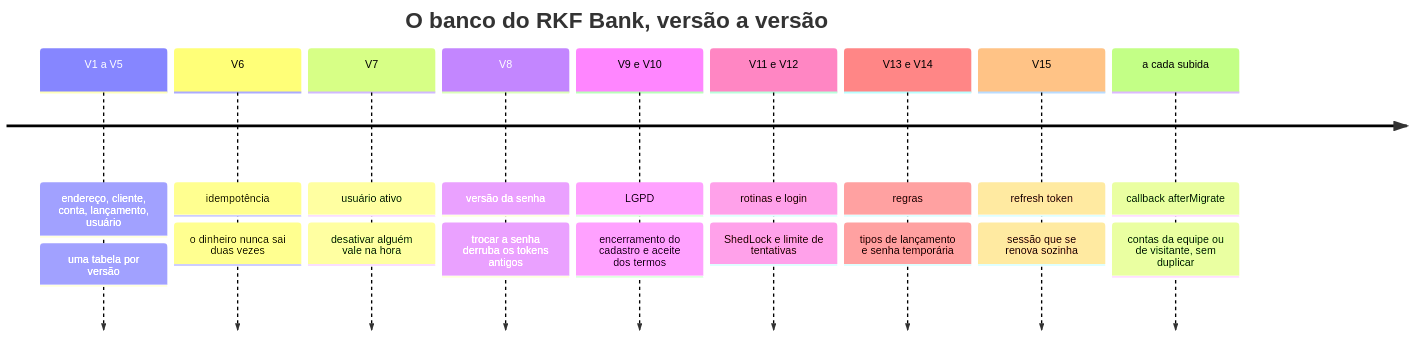
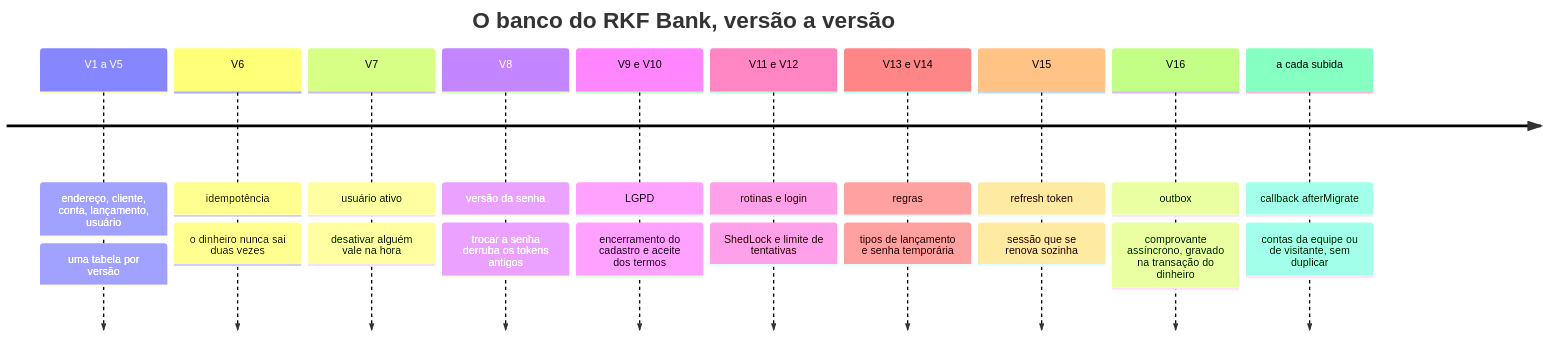
The ninth of 17 diagrams in README.md (k3vinrich4rd/rkf_bank), drawn with Mermaid before and after one commit. The commit also changed other lines of this file and 17 other files, not shown here.

````diff
--- a/README.md
+++ b/README.md
@@ -960,13 +998,14 @@
 ```mermaid
 timeline
     title O banco do RKF Bank, versão a versão
     V1 a V5 : endereço, cliente, conta, lançamento, usuário : uma tabela por versão
     V6 : idempotência : o dinheiro nunca sai duas vezes
     V7 : usuário ativo : desativar alguém vale na hora
     V8 : versão da senha : trocar a senha derruba os tokens antigos
     V9 e V10 : LGPD : encerramento do cadastro e aceite dos termos
     V11 e V12 : rotinas e login : ShedLock e limite de tentativas
     V13 e V14 : regras : tipos de lançamento e senha temporária
     V15 : refresh token : sessão que se renova sozinha
+    V16 : outbox : comprovante assíncrono, gravado na transação do dinheiro
     a cada subida : callback afterMigrate : contas da equipe ou de visitante, sem duplicar
 ```
````
